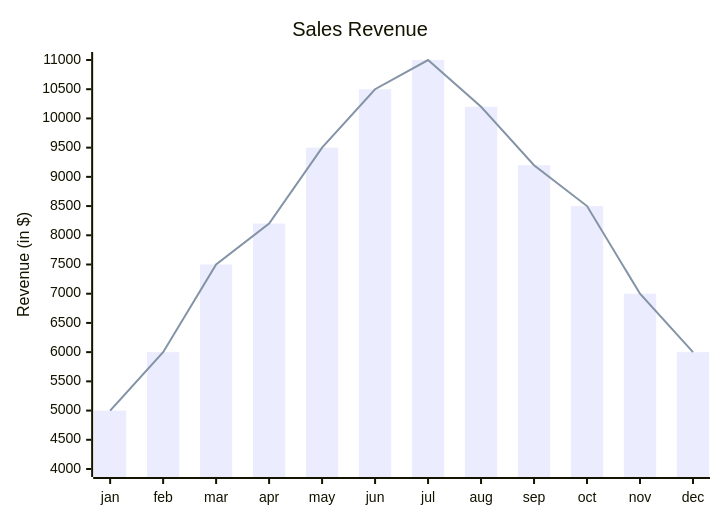
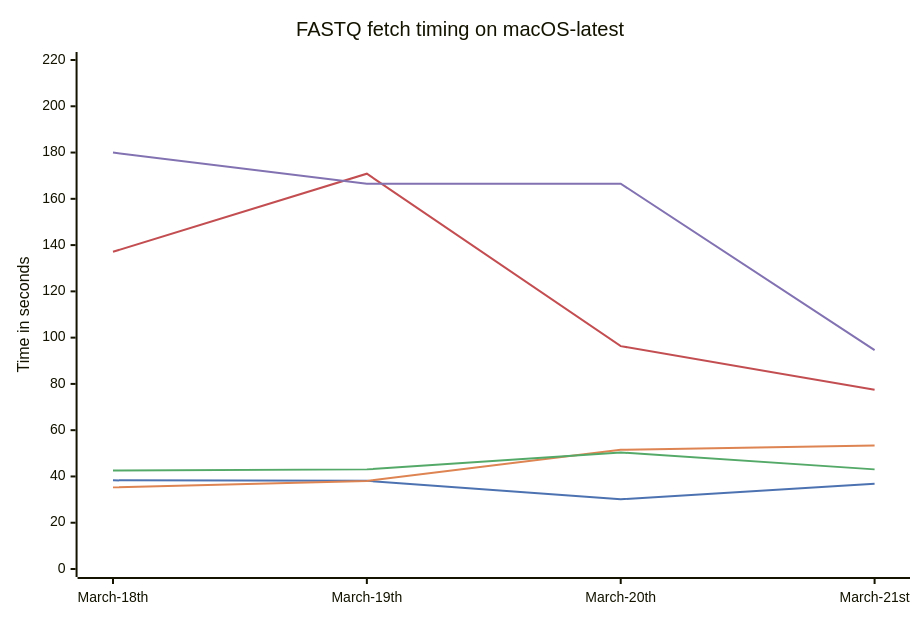
Before and after one commit to biermanr/Download_SRA_FASTQ_Benchmarks: the diagram in README.md, drawn with Mermaid. The commit also changed other lines of this file, not shown here.

Commit message:
feat: Add hard-coded XY mermaid plot to README

````diff
--- a/README.md
+++ b/README.md
@@ -36,8 +34,20 @@
 ```mermaid
+---
+config:
+    xyChart:
+        width: 900
+        height: 600
+    themeVariables:
+        xyChart:
+            plotColorPalette: "#4d72b1,#dd8452,#54a968,#c34e52,#8272b2"
+---
 xychart-beta
-    title "Sales Revenue"
-    x-axis [jan, feb, mar, apr, may, jun, jul, aug, sep, oct, nov, dec]
-    y-axis "Revenue (in $)" 4000 --> 11000
-    bar [5000, 6000, 7500, 8200, 9500, 10500, 11000, 10200, 9200, 8500, 7000, 6000]
-    line [5000, 6000, 7500, 8200, 9500, 10500, 11000, 10200, 9200, 8500, 7000, 6000]
-```
+    title "FASTQ fetch timing on macOS-latest"
+    x-axis [March-18th, March-19th, March-20th, March-21st]
+    y-axis "Time in seconds" 0 --> 220
+    line "aria2c EBI" [ 38.31 , 38.14 , 30.13 , 36.88 , 26.61 ]
+    line "prefetch, fasterq-dump" [ 35.28, 38.07, 51.50, 53.38, 37.13 ]
+    line "aws, fasterq-dump" [ 42.61, 43.06, 50.37, 43.06, 41.17 ]
+    line "fasterq-dump only" [ 137.12, 170.85, 96.33, 77.43, 142.32 ]
+    line "fastq-dump only" [ 180.01 , 166.50 , 166.53 , 94.58 , 174.25 ]
+ ```
````
